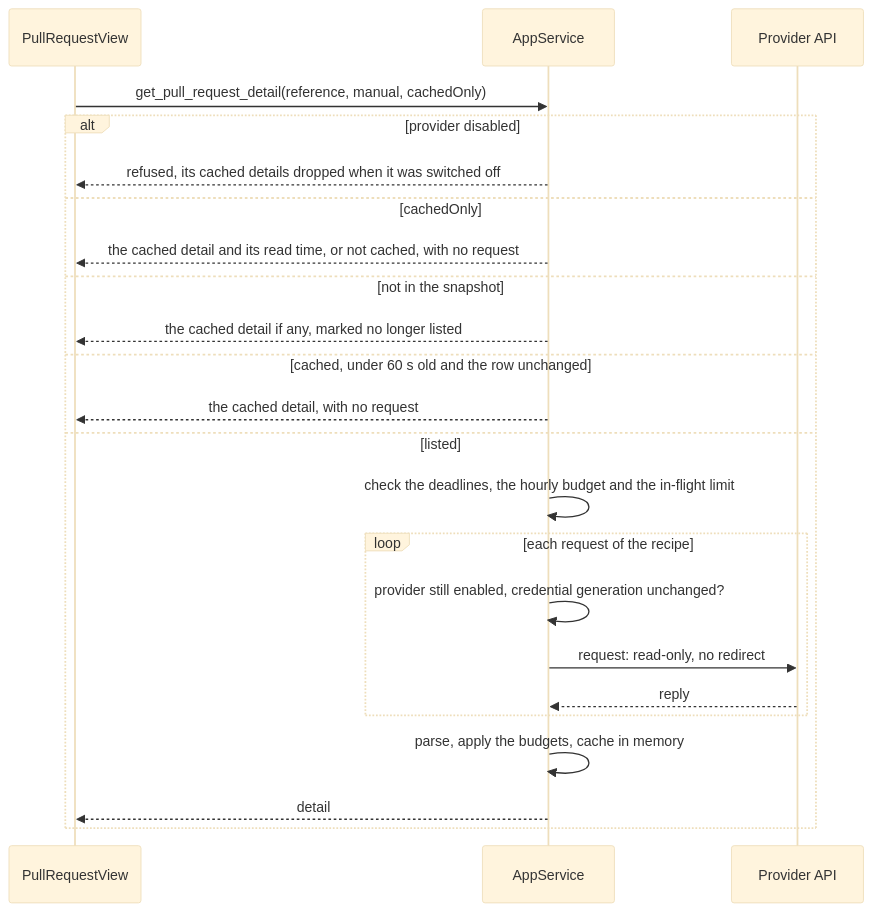
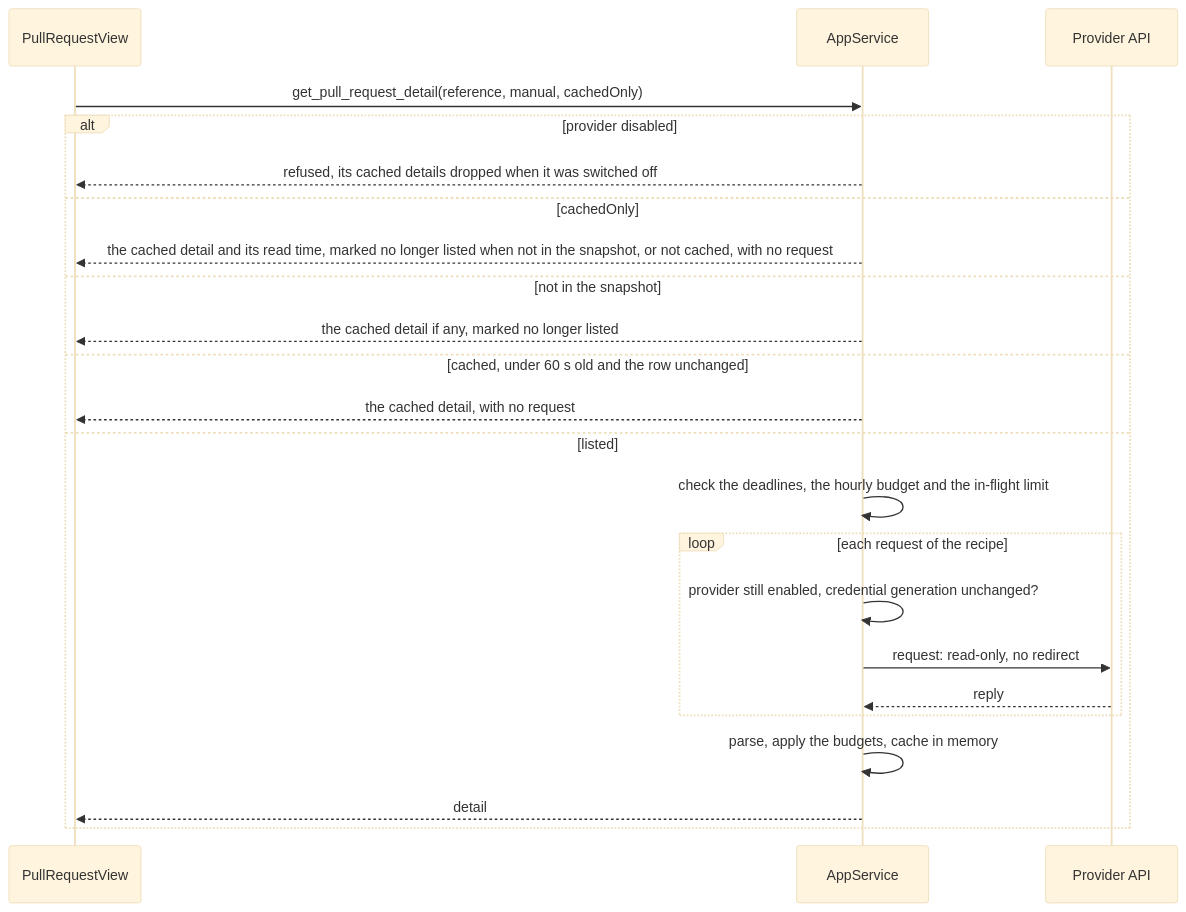
Before and after one commit to avantmedialtd/specforge: the third of 5 diagrams in openspec/changes/pull-request-viewer/design.md, drawn with Mermaid (base theme). The commit also changed other lines of this file and 3 other files, not shown here.

````diff
--- a/openspec/changes/pull-request-viewer/design.md
+++ b/openspec/changes/pull-request-viewer/design.md
@@ -249,25 +249,25 @@
 ```mermaid
 sequenceDiagram
   participant V as PullRequestView
   participant S as AppService
   participant P as Provider API
   V->>S: get_pull_request_detail(reference, manual, cachedOnly)
   alt provider disabled
     S-->>V: refused, its cached details dropped when it was switched off
   else cachedOnly
-    S-->>V: the cached detail and its read time, or not cached, with no request
+    S-->>V: the cached detail and its read time, marked no longer listed when not in the snapshot, or not cached, with no request
   else not in the snapshot
     S-->>V: the cached detail if any, marked no longer listed
   else cached, under 60 s old and the row unchanged
     S-->>V: the cached detail, with no request
   else listed
     S->>S: check the deadlines, the hourly budget and the in-flight limit
     loop each request of the recipe
       S->>S: provider still enabled, credential generation unchanged?
       S->>P: request: read-only, no redirect
       P-->>S: reply
     end
     S->>S: parse, apply the budgets, cache in memory
     S-->>V: detail
   end
 ```
````
